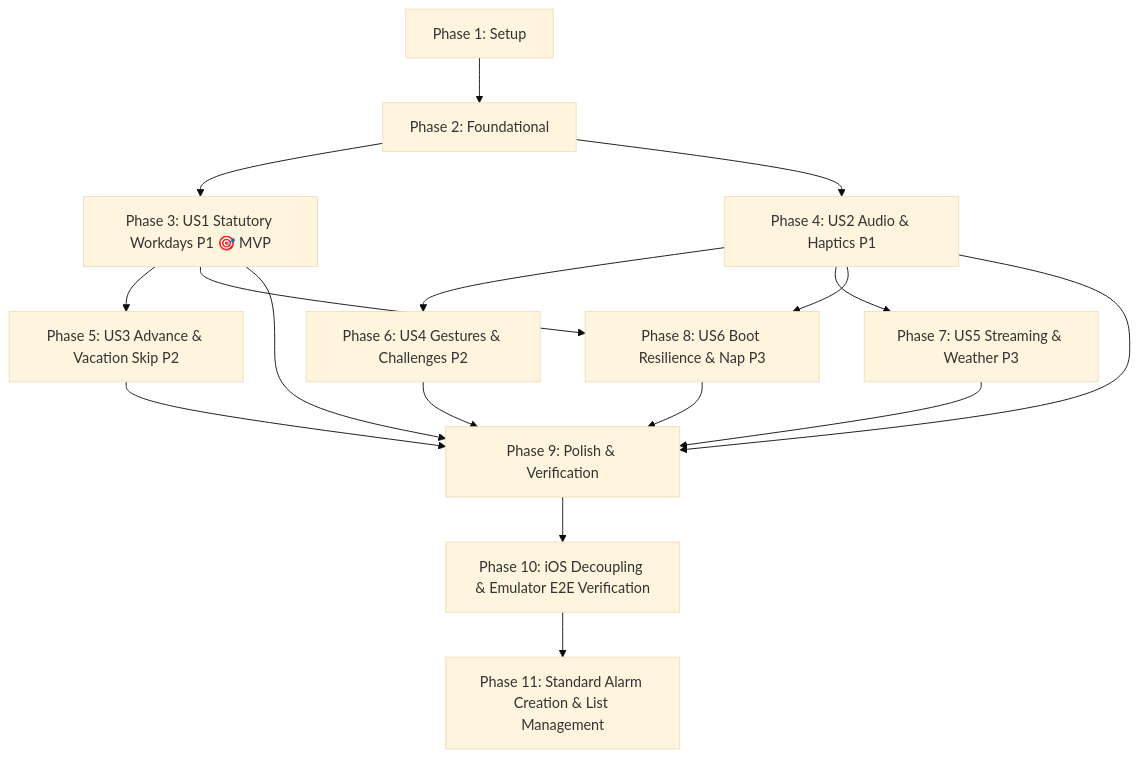
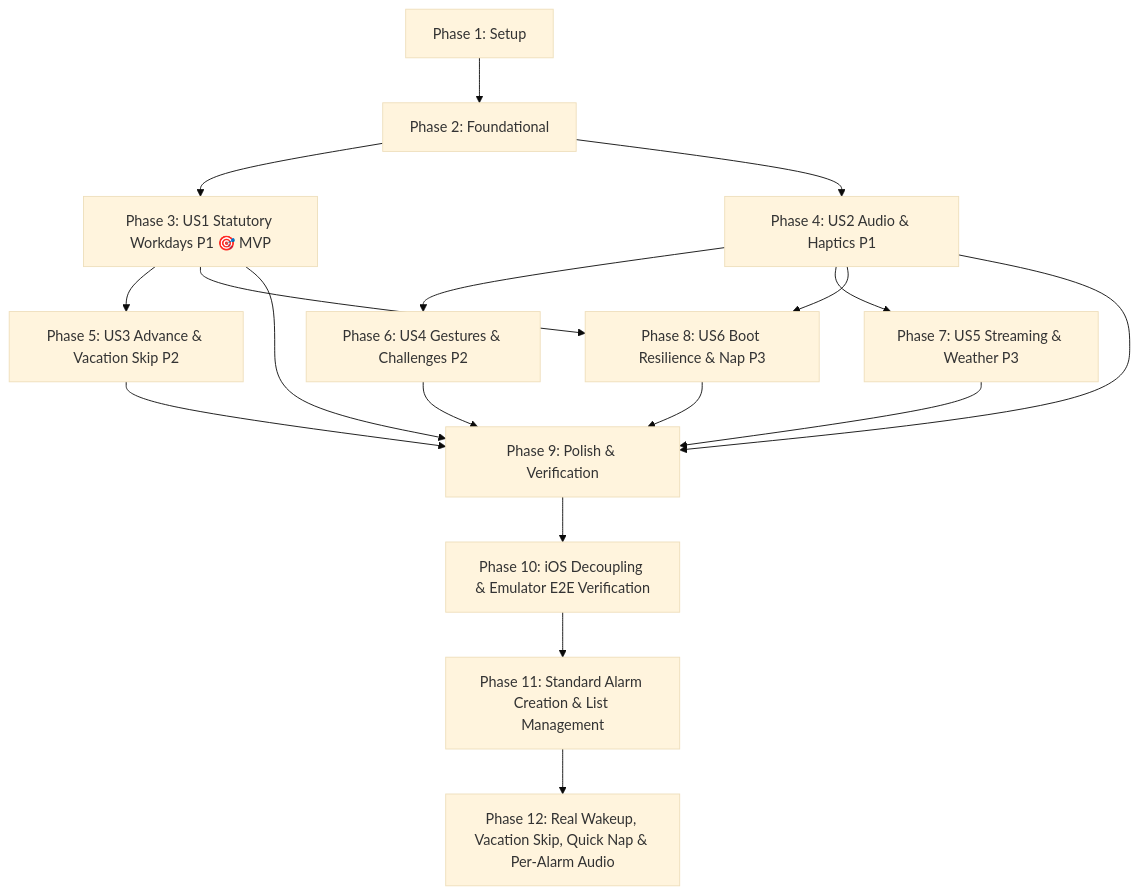
The diagram in specs/001-android-smart-alarm/tasks.md (edompeng/alarm), drawn with Mermaid (base theme) before and after one commit. The commit also changed other lines of this file, not shown here.

Commit message:
docs: generate Phase 12 tasks for system wakeup, vacation calendar skip, quick nap, and ringtones

````diff
--- a/specs/001-android-smart-alarm/tasks.md
+++ b/specs/001-android-smart-alarm/tasks.md
@@ -210,19 +225,20 @@
 ```mermaid
 graph TD
     P1[Phase 1: Setup] --> P2[Phase 2: Foundational]
     P2 --> US1[Phase 3: US1 Statutory Workdays P1 🎯 MVP]
     P2 --> US2[Phase 4: US2 Audio & Haptics P1]
     US1 --> US3[Phase 5: US3 Advance & Vacation Skip P2]
     US2 --> US4[Phase 6: US4 Gestures & Challenges P2]
     US2 --> US5[Phase 7: US5 Streaming & Weather P3]
     US1 --> US6[Phase 8: US6 Boot Resilience & Nap P3]
     US2 --> US6
     US1 --> Polish[Phase 9: Polish & Verification]
     US2 --> Polish
     US3 --> Polish
     US4 --> Polish
     US5 --> Polish
     US6 --> Polish
     Polish --> P10[Phase 10: iOS Decoupling & Emulator E2E Verification]
     P10 --> P11[Phase 11: Standard Alarm Creation & List Management]
+    P11 --> P12[Phase 12: Real Wakeup, Vacation Skip, Quick Nap & Per-Alarm Audio]
 ```
````
